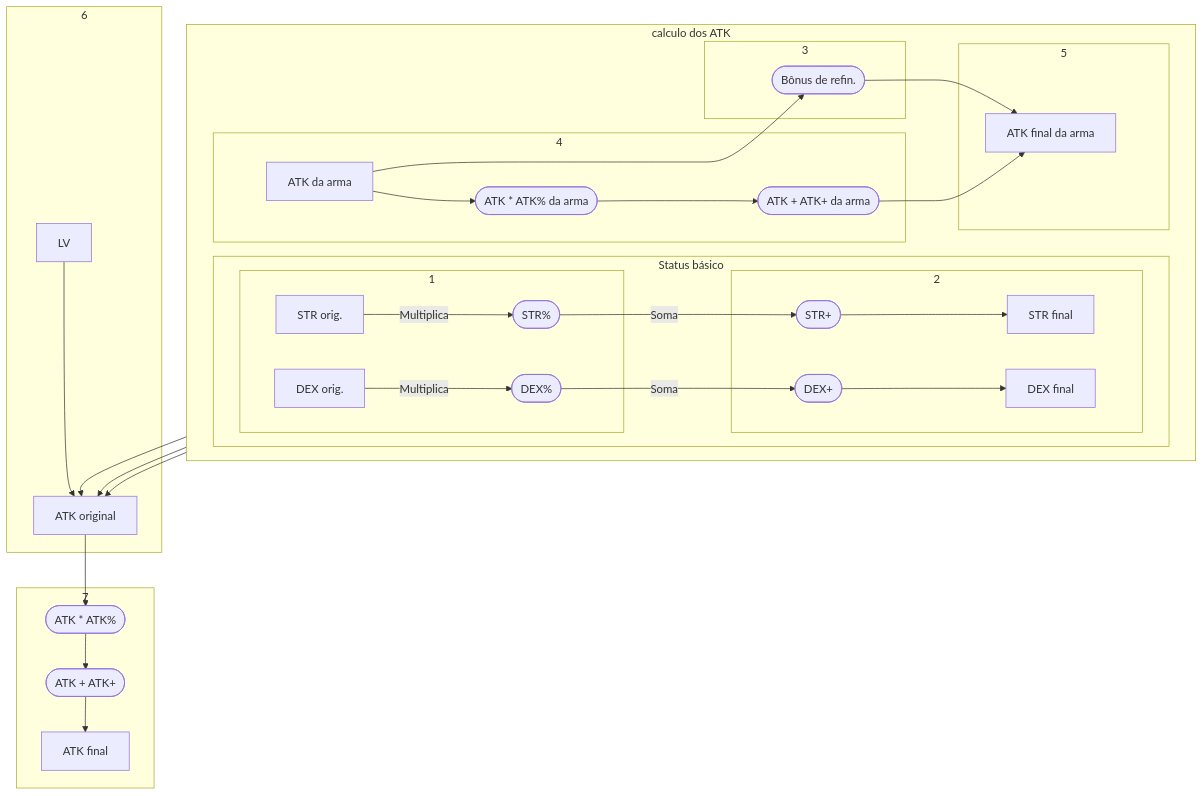
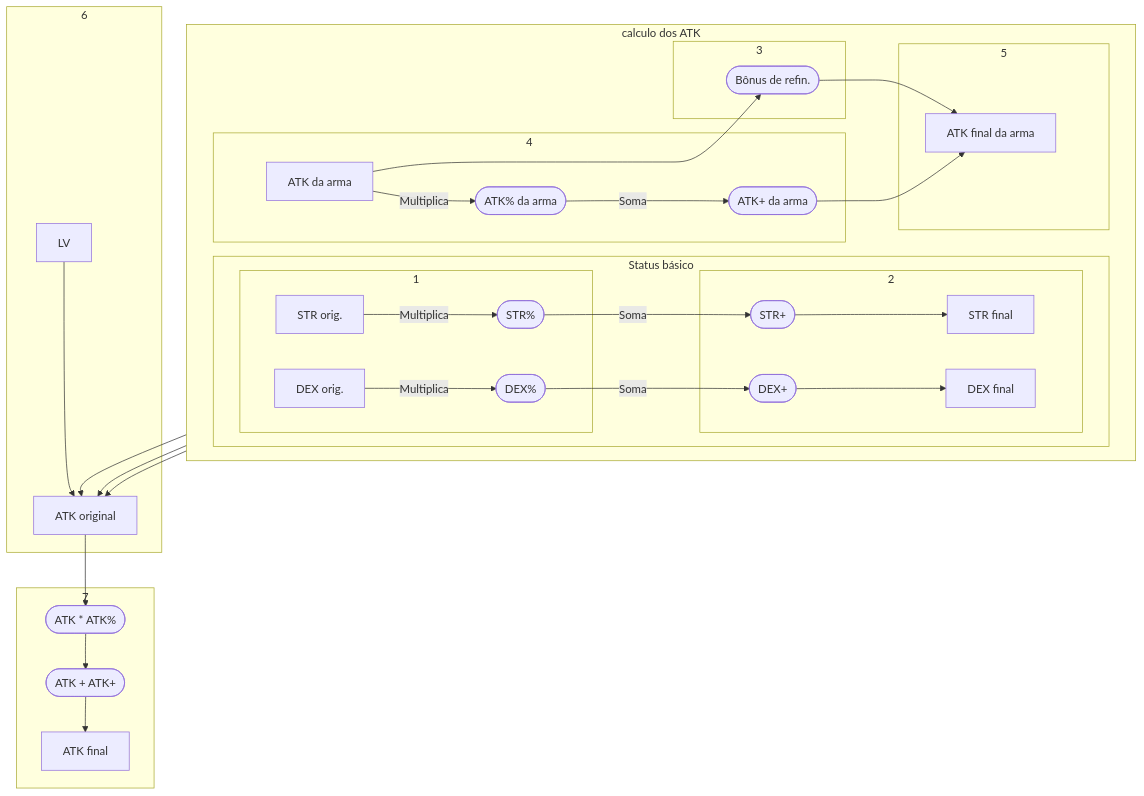
The diagram in 2024-07-09-Toram_Status.md (MateusRyu/Shikigami), drawn with Mermaid before and after one commit.

Commit message:
vault backup: 2024-07-09 02:28:25
Affected files:
2024-07-09-Toram_Status.md

````diff
--- a/2024-07-09-Toram_Status.md
+++ b/2024-07-09-Toram_Status.md
@@ -66,41 +66,41 @@
 ```mermaid
 flowchart TD
 subgraph calculo dos ATK
 	direction LR
 	subgraph Status básico
 		subgraph 1
 		a[STR orig.] --> |Multiplica|a1([STR%]) 
 		b[DEX orig.] --> |Multiplica|b1([DEX%])
 		end
 		
 		subgraph 2
 		a1 --> |Soma|a2([STR+]) --> a3[STR final]
 		b1 --> |Soma|b2([DEX+]) --> b3[DEX final]
 		end
 	end
 	
 	c[ATK da arma]
 	
 	subgraph 4
-	c --> c1([ATK * ATK% da arma]) --> c2([ATK + ATK+ da arma])
+	c --> |Multiplica|c1([ATK% da arma]) --> |Soma|c2([ATK+ da arma])
 	end
 	
 	subgraph 3
 	c --> c0([Bônus de refin.]) 
 	end
 	
 	
 	
 	subgraph 5
 	c0 & c2 --> c3[ATK final da arma]
 	end
 end
 
 subgraph 6
 a3 & b3 & c3 & d[LV]  --> e[ATK original]
 end
 
 subgraph 7
 e --> e1([ATK * ATK%]) --> e2([ATK + ATK+]) --> e3[ATK final]
 end
 ```
````
